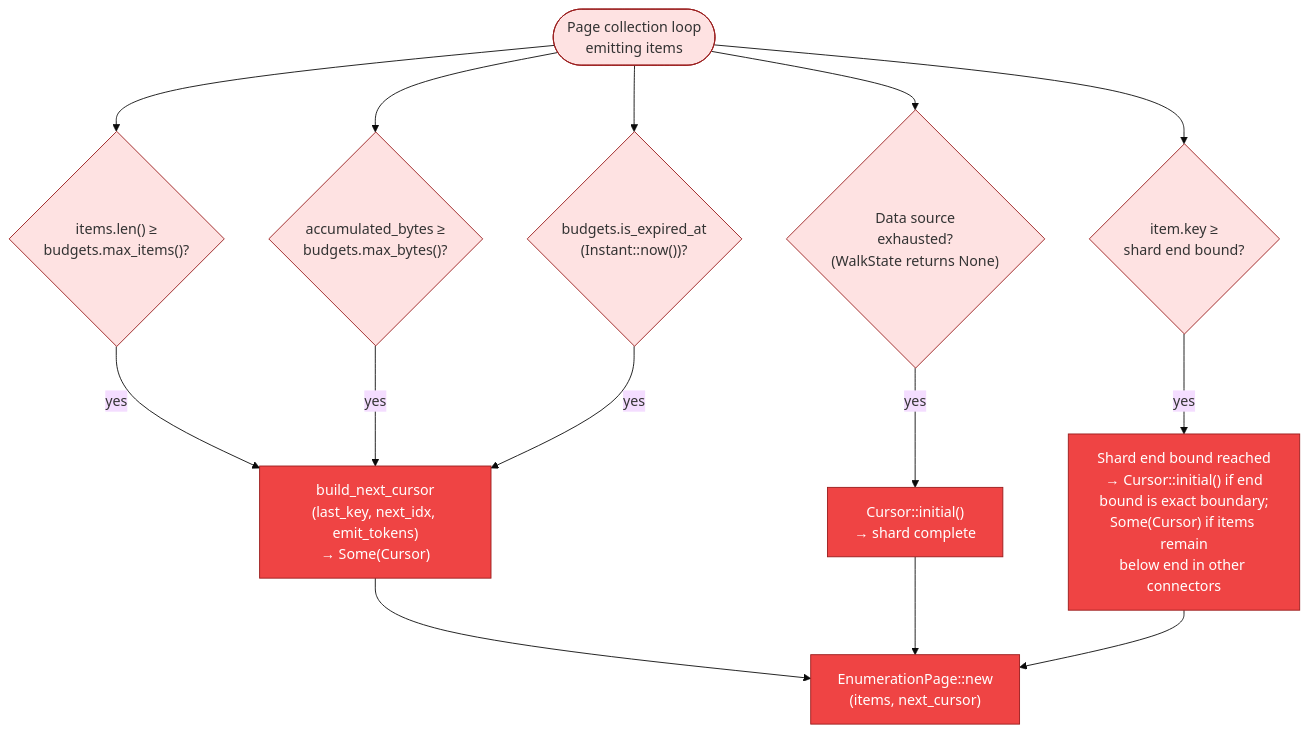
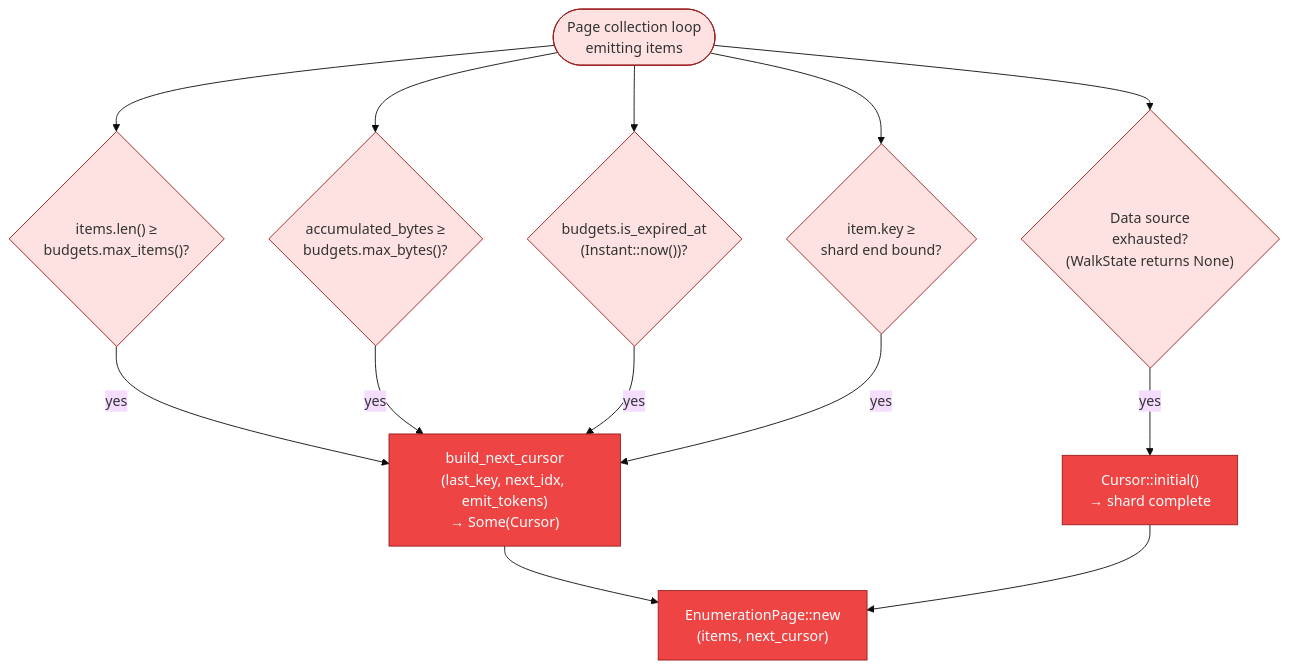
The fourth of 4 diagrams in diagrams/15-enumeration-page-lifecycle.md (ahrav/Gossip-rs), drawn with Mermaid (base theme) before and after one commit. The commit also changed other lines of this file and 9 other files, not shown here.

Commit message:
Reorder diagram reading paths and fix cross-references

````diff
--- a/diagrams/15-enumeration-page-lifecycle.md
+++ b/diagrams/15-enumeration-page-lifecycle.md
@@ -319,39 +319,36 @@
 ```mermaid
 %% Diagram: budget-driven-termination
 flowchart TD
     LOOP(["Page collection loop<br/>emitting items"])
 
     LOOP --> CHK_ITEMS{"items.len() ≥<br/>budgets.max_items()?"}
     LOOP --> CHK_BYTES{"accumulated_bytes ≥<br/>budgets.max_bytes()?"}
     LOOP --> CHK_DEADLINE{"budgets.is_expired_at<br/>(Instant::now())?"}
     LOOP --> CHK_SOURCE{"Data source<br/>exhausted?<br/>(WalkState returns None)"}
     LOOP --> CHK_END{"item.key ≥<br/>shard end bound?"}
 
     CHK_ITEMS -->|yes| CURSOR_SOME
     CHK_BYTES -->|yes| CURSOR_SOME
     CHK_DEADLINE -->|yes| CURSOR_SOME
-    CHK_END -->|yes| CURSOR_SOME_OR_NONE
+    CHK_END -->|yes| CURSOR_SOME
 
     CHK_SOURCE -->|yes| CURSOR_NONE
 
     CURSOR_SOME["build_next_cursor<br/>(last_key, next_idx, emit_tokens)<br/>→ Some(Cursor)"]
     CURSOR_NONE["Cursor::initial()<br/>→ shard complete"]
-    CURSOR_SOME_OR_NONE["Shard end bound reached<br/>→ Cursor::initial() if end<br/>bound is exact boundary;<br/>Some(Cursor) if items remain<br/>below end in other connectors"]
 
     CURSOR_SOME --> PAGE
     CURSOR_NONE --> PAGE
-    CURSOR_SOME_OR_NONE --> PAGE
 
     PAGE["EnumerationPage::new<br/>(items, next_cursor)"]
 
     style LOOP fill:#FEE2E2,stroke:#991B1B
     style CHK_ITEMS fill:#FEE2E2,stroke:#991B1B
     style CHK_BYTES fill:#FEE2E2,stroke:#991B1B
     style CHK_DEADLINE fill:#FEE2E2,stroke:#991B1B
     style CHK_SOURCE fill:#FEE2E2,stroke:#991B1B
     style CHK_END fill:#FEE2E2,stroke:#991B1B
     style CURSOR_SOME fill:#EF4444,stroke:#991B1B,color:#fff
     style CURSOR_NONE fill:#EF4444,stroke:#991B1B,color:#fff
-    style CURSOR_SOME_OR_NONE fill:#EF4444,stroke:#991B1B,color:#fff
     style PAGE fill:#EF4444,stroke:#991B1B,color:#fff
 ```
````
